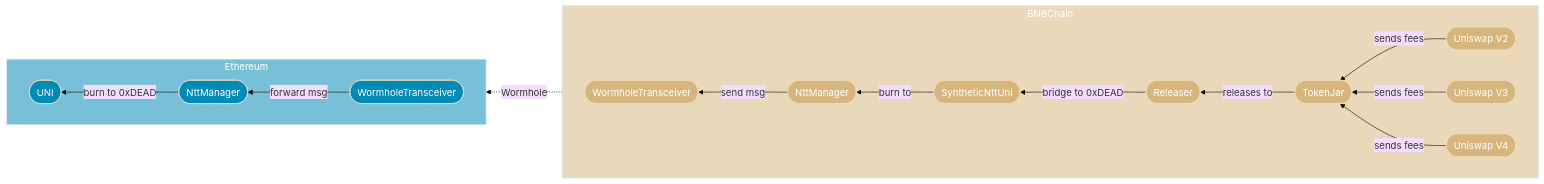
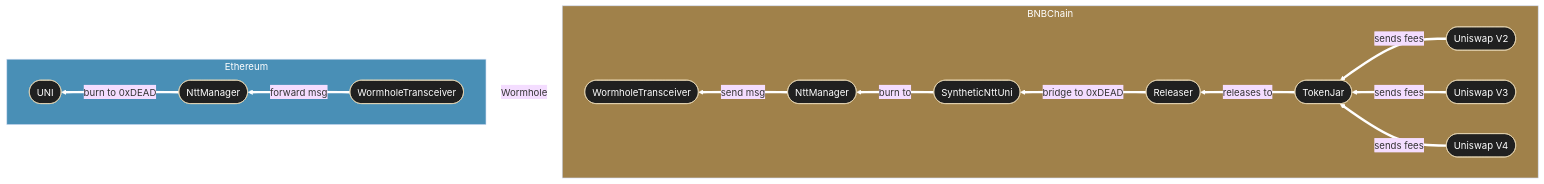
The fourth of 7 diagrams in script/proposal-4/Index.md (Uniswap/protocol-fees), drawn with Mermaid (base theme) before and after one commit. The commit also changed other lines of this file, not shown here.

````diff
--- a/script/proposal-4/Index.md
+++ b/script/proposal-4/Index.md
@@ -175,38 +183,41 @@
 ```mermaid
 flowchart RL
-    ETH_WT([WormholeTransceiver]):::on_eth
-    ETH_NTT([NttManager]):::on_eth
-    ETH_UNI([UNI]):::on_eth
-    BNB_WT([WormholeTransceiver]):::on_bnb
-    BNB_NTT([NttManager]):::on_bnb
-    BNB_UNI([SyntheticNttUni]):::on_bnb
-    BNB_R([Releaser]):::on_bnb
-    BNB_TJ([TokenJar]):::on_bnb
-    BNB_V2([Uniswap V2]):::on_bnb
-    BNB_V3([Uniswap V3]):::on_bnb
-    BNB_V4([Uniswap V4]):::on_bnb
+    ETH_WT([WormholeTransceiver])
+    ETH_NTT([NttManager])
+    ETH_UNI([UNI])
+    BNB_WT([WormholeTransceiver])
+    BNB_NTT([NttManager])
+    BNB_UNI([SyntheticNttUni])
+    BNB_R([Releaser])
+    BNB_TJ([TokenJar])
+    BNB_V2([Uniswap V2])
+    BNB_V3([Uniswap V3])
+    BNB_V4([Uniswap V4])
 
     subgraph Ethereum
         direction RL
         ETH_WT -->|forward msg| ETH_NTT
         ETH_NTT -->|burn to 0xDEAD| ETH_UNI
     end
 
-    BNBChain:::bnb -.->|Wormhole| Ethereum:::eth
+    BNBChain -.->|Wormhole| Ethereum
 
     subgraph BNBChain
         direction RL
         BNB_V2 -->|sends fees| BNB_TJ
         BNB_V3 -->|sends fees| BNB_TJ
         BNB_V4 -->|sends fees| BNB_TJ
         BNB_TJ -->|releases to| BNB_R
         BNB_R -->|"bridge to 0xDEAD"| BNB_UNI
         BNB_UNI -->|burn to| BNB_NTT
         BNB_NTT -->|send msg| BNB_WT
     end
 
-    classDef bnb fill:#d7b67e88,color:#fff
-    classDef on_bnb fill:#d7b67e,color:#fff
-    classDef eth fill:#008ab688,color:#fff
-    classDef on_eth fill:#008ab6,color:#fff
+    Ethereum:::on_eth
+    BNBChain:::on_bnb
+
+    linkStyle default stroke:#fff,stroke-width:4px
+    classDef default fill:#202020,color:#fff
+    classDef on_bnb fill:#a0814a,color:#fff
+    classDef on_eth fill:#498fb6,color:#fff
 ```
````
